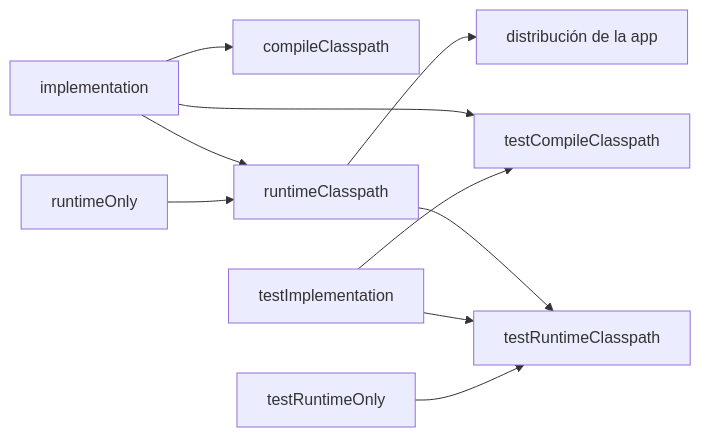
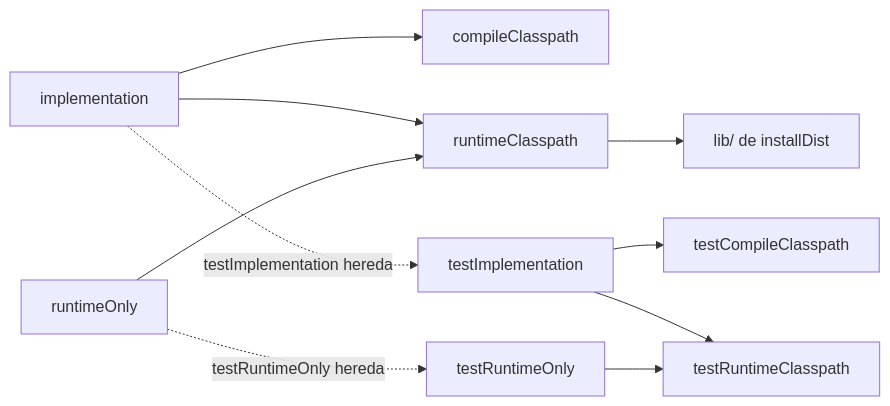
The second of 4 diagrams in web/public/content/java/modulo-8.md (NICORUIZ93/The_Imperial_Book), drawn with Mermaid before and after one commit. The commit also changed other lines of this file and 65 other files, not shown here.

````diff
--- a/web/public/content/java/modulo-8.md
+++ b/web/public/content/java/modulo-8.md
@@ -682,12 +779,12 @@
 ```mermaid
 flowchart LR
   I["implementation"] --> CC["compileClasspath"]
   I --> RC["runtimeClasspath"]
   R["runtimeOnly"] --> RC
-  I --> TC["testCompileClasspath"]
-  T["testImplementation"] --> TC
-  RC --> TR["testRuntimeClasspath"]
-  T --> TR
-  TRO["testRuntimeOnly"] --> TR
-  RC --> JAR["distribución de la app"]
+  I -. "testImplementation hereda" .-> T["testImplementation"]
+  R -. "testRuntimeOnly hereda" .-> TRO["testRuntimeOnly"]
+  T --> TC["testCompileClasspath"]
+  T --> TR["testRuntimeClasspath"]
+  TRO --> TR
+  RC --> JAR["lib/ de installDist"]
 ```
````
